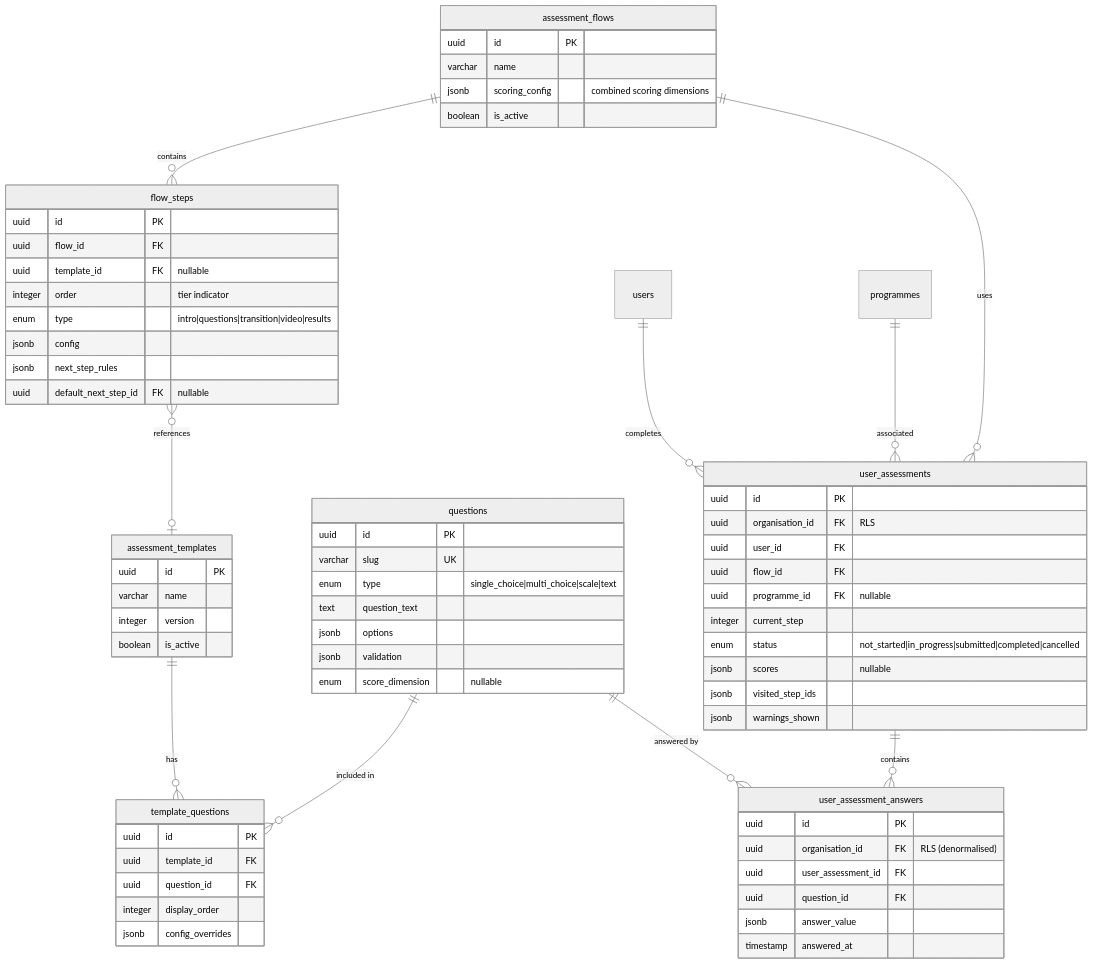
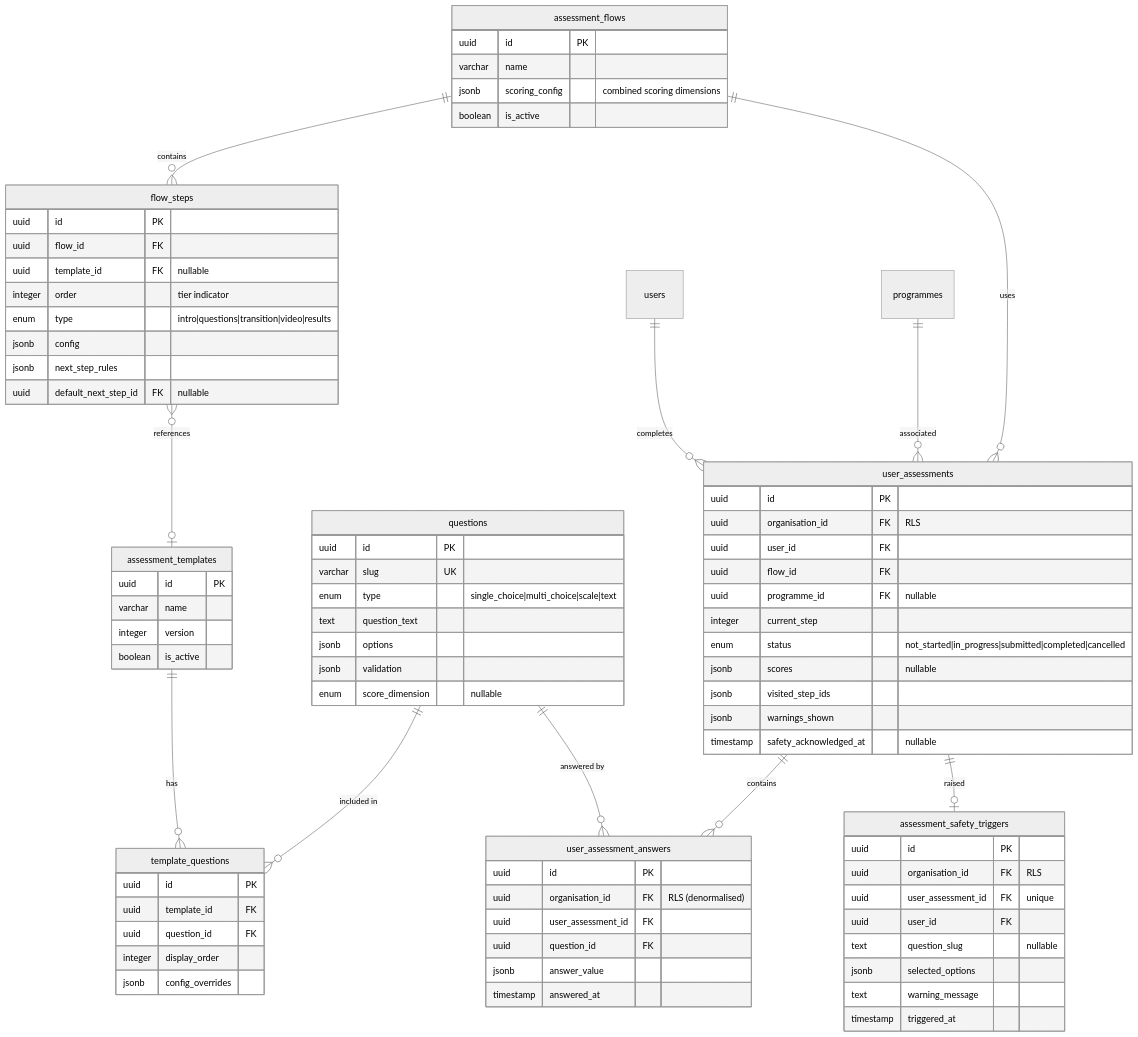
The second of 3 diagrams in project-documentation/ffp_erd.md (ChrisTregaskis/ffp), drawn with Mermaid (neutral theme) before and after one commit. The commit also changed other lines of this file and 25 other files, not shown here.

```diff
--- a/project-documentation/ffp_erd.md
+++ b/project-documentation/ffp_erd.md
@@ -61,6 +61,7 @@
     assessment_flows ||--o{ user_assessments : "uses"
     users ||--o{ user_assessments : "completes"
     user_assessments ||--o{ user_assessment_answers : "contains"
+    user_assessments ||--o| assessment_safety_triggers : "raised"
     questions ||--o{ user_assessment_answers : "answered by"
     programmes ||--o{ user_assessments : "associated"
 
@@ -118,6 +119,18 @@
         jsonb scores "nullable"
         jsonb visited_step_ids
         jsonb warnings_shown
+        timestamp safety_acknowledged_at "nullable"
+    }
+
+    assessment_safety_triggers {
+        uuid id PK
+        uuid organisation_id FK "RLS"
+        uuid user_assessment_id FK "unique"
+        uuid user_id FK
+        text question_slug "nullable"
+        jsonb selected_options
+        text warning_message
+        timestamp triggered_at
     }
 
     user_assessment_answers {
```
